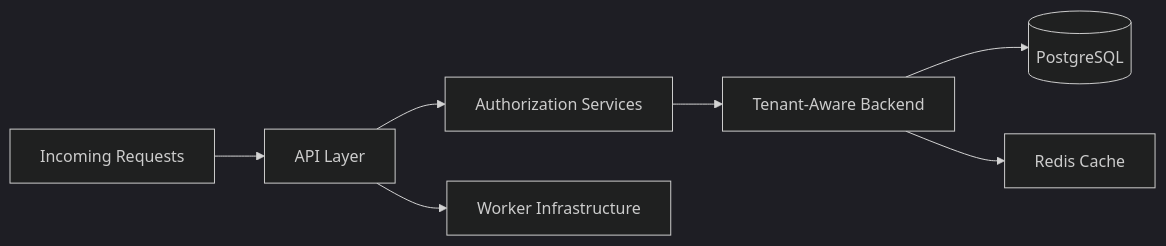
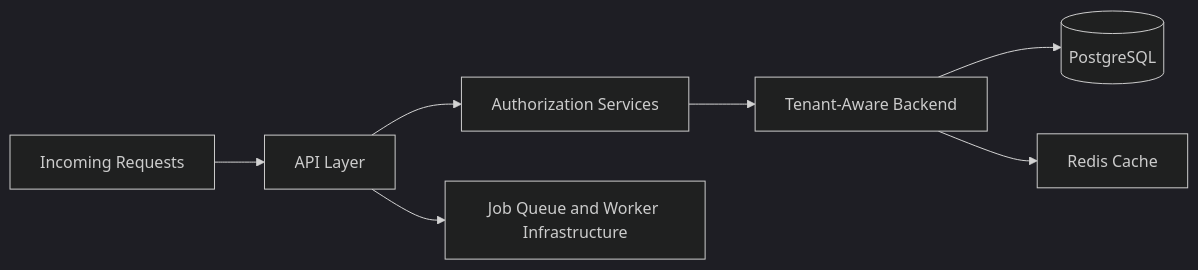
Before and after one commit to Ahsankhalid618/multi-tenant-saas-architecture: the diagram in architecture/scalability.md, drawn with Mermaid (dark theme). The commit also changed other lines of this file and 20 other files, not shown here.

````diff
--- a/architecture/scalability.md
+++ b/architecture/scalability.md
@@ -21,16 +22,16 @@
 ```mermaid
 flowchart LR
 
 A[Incoming Requests]
 --> B[API Layer]
 
 B --> C[Authorization Services]
 
 C --> D[Tenant-Aware Backend]
 
 D --> E[(PostgreSQL)]
 
 D --> F[Redis Cache]
 
-B --> G[Worker Infrastructure]
+B --> G[Job Queue and Worker Infrastructure]
 ```
````
